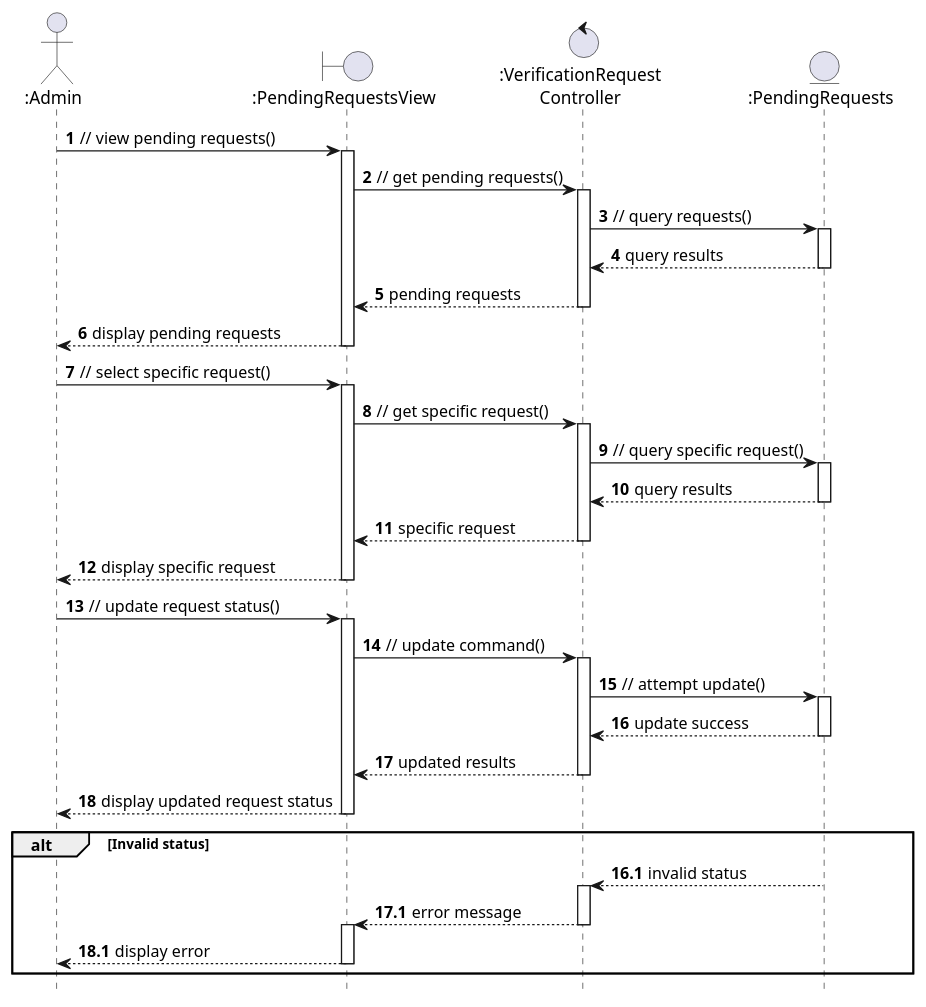
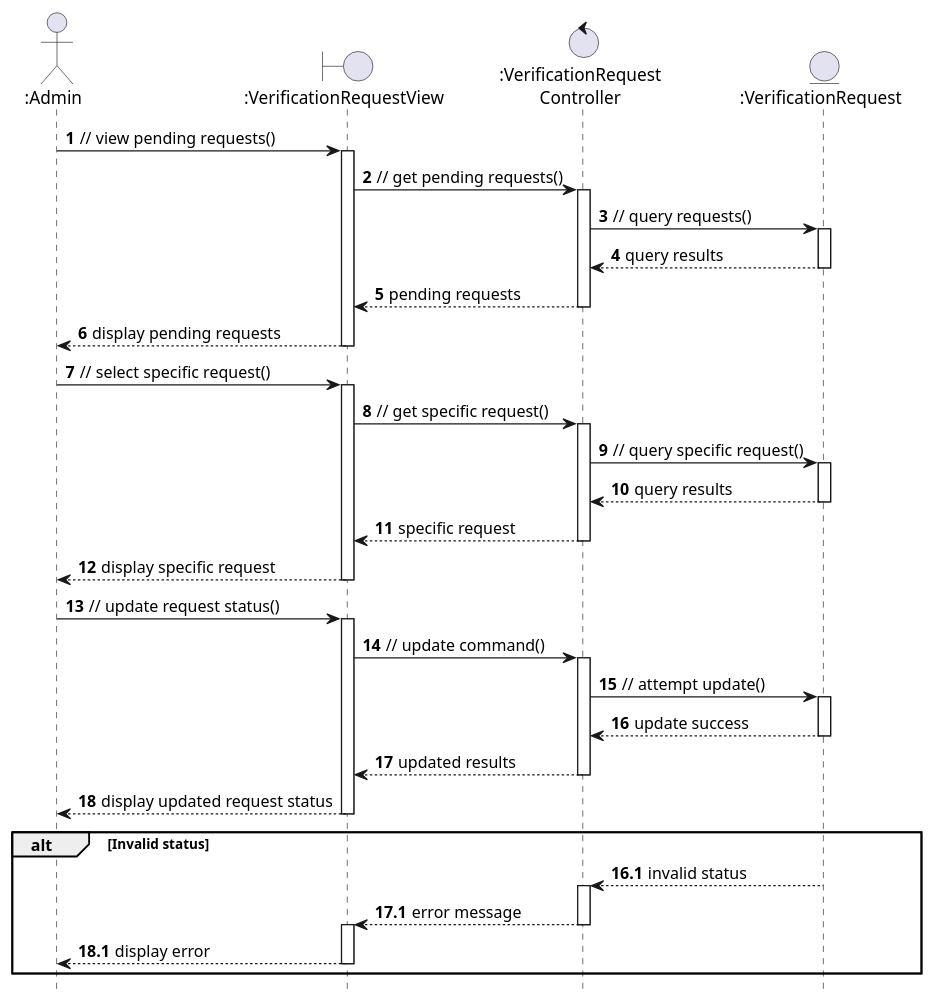
The diagram in uml/analysis/sequence/approve_car_for_auction.pu (anhbanlinhle/velocity-exchange), drawn with PlantUML before and after one commit.

Commit message:
doc[lynn]: fix sequence object name

```diff
--- a/uml/analysis/sequence/approve_car_for_auction.pu
+++ b/uml/analysis/sequence/approve_car_for_auction.pu
@@ -1,62 +1,62 @@
 @startuml
 hide footbox
 
 autonumber
 
 actor ":Admin" as Admin
-boundary ":PendingRequestsView" as PendingRequestsView
+boundary ":VerificationRequestView" as PendingRequestsView
 control ":VerificationRequest\nController" as VerificationRequestController
-entity ":PendingRequests" as PendingRequests
+entity ":VerificationRequest" as PendingRequests
 
   Admin -> PendingRequestsView: // view pending requests()
   activate PendingRequestsView
     PendingRequestsView -> VerificationRequestController: // get pending requests()
     activate VerificationRequestController
       VerificationRequestController -> PendingRequests: // query requests()
         activate PendingRequests
         PendingRequests --> VerificationRequestController: query results
         deactivate PendingRequests
       VerificationRequestController --> PendingRequestsView: pending requests
     deactivate VerificationRequestController
     PendingRequestsView --> Admin: display pending requests
   deactivate PendingRequestsView
   Admin -> PendingRequestsView: // select specific request()
   activate PendingRequestsView
     PendingRequestsView -> VerificationRequestController: // get specific request()
     activate VerificationRequestController
       VerificationRequestController -> PendingRequests: // query specific request()
         activate PendingRequests
         PendingRequests --> VerificationRequestController: query results
         deactivate PendingRequests
       VerificationRequestController --> PendingRequestsView: specific request
     deactivate VerificationRequestController
     PendingRequestsView --> Admin: display specific request
   deactivate PendingRequestsView
   Admin -> PendingRequestsView: // update request status()
   activate PendingRequestsView
     PendingRequestsView -> VerificationRequestController: // update command()
     activate VerificationRequestController
       VerificationRequestController -> PendingRequests: // attempt update()
         activate PendingRequests
         PendingRequests --> VerificationRequestController: update success
         deactivate PendingRequests
       VerificationRequestController --> PendingRequestsView: updated results
     deactivate VerificationRequestController
     PendingRequestsView --> Admin: display updated request status
   deactivate PendingRequestsView
 
 alt Invalid status
   autonumber 16.1
   PendingRequests --> VerificationRequestController: invalid status
   autonumber inc A
   activate VerificationRequestController
     VerificationRequestController --> PendingRequestsView: error message
     autonumber inc A
   deactivate VerificationRequestController
   activate PendingRequestsView
     PendingRequestsView --> Admin: display error
     autonumber inc A
   deactivate PendingRequestsView
 end
 
 @enduml
```
